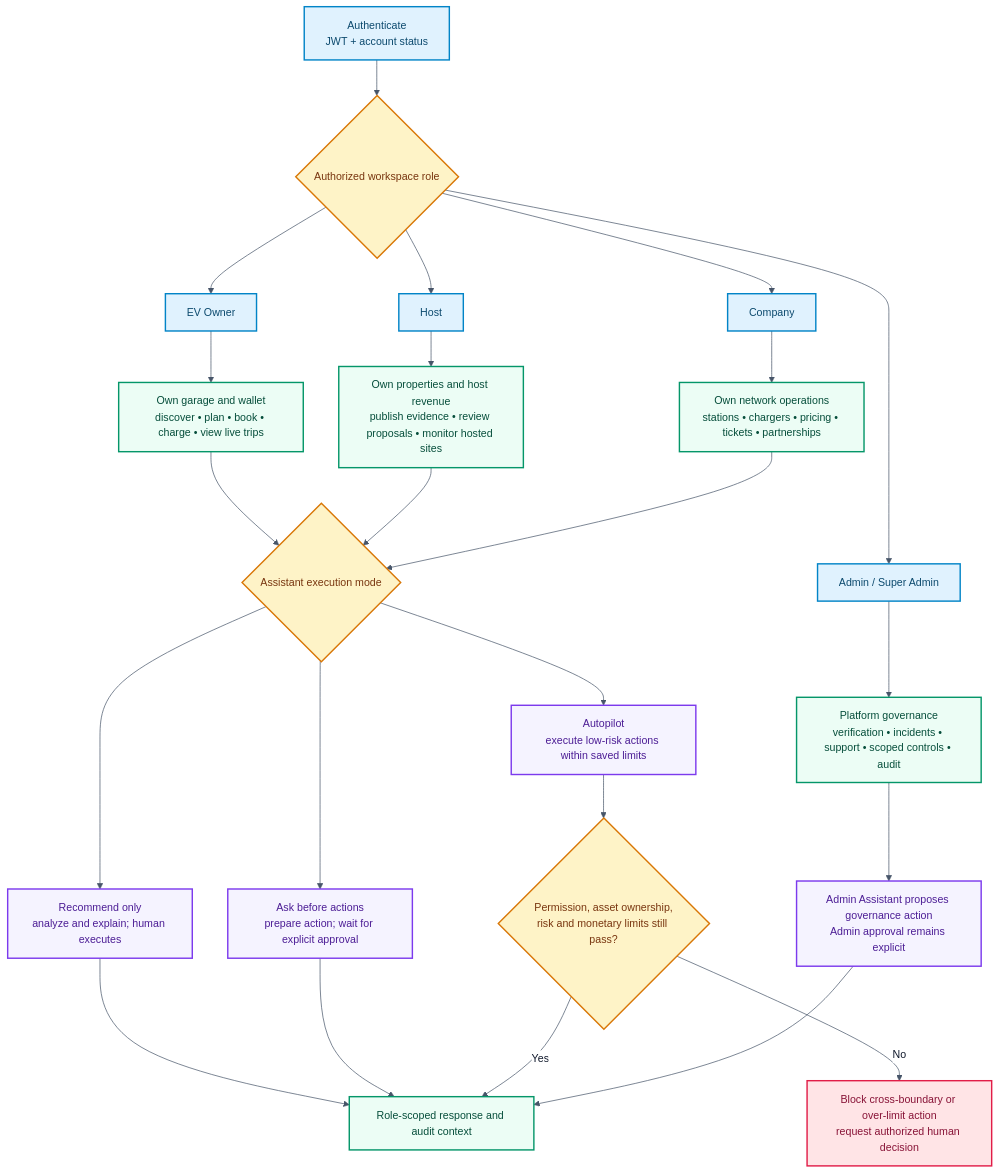
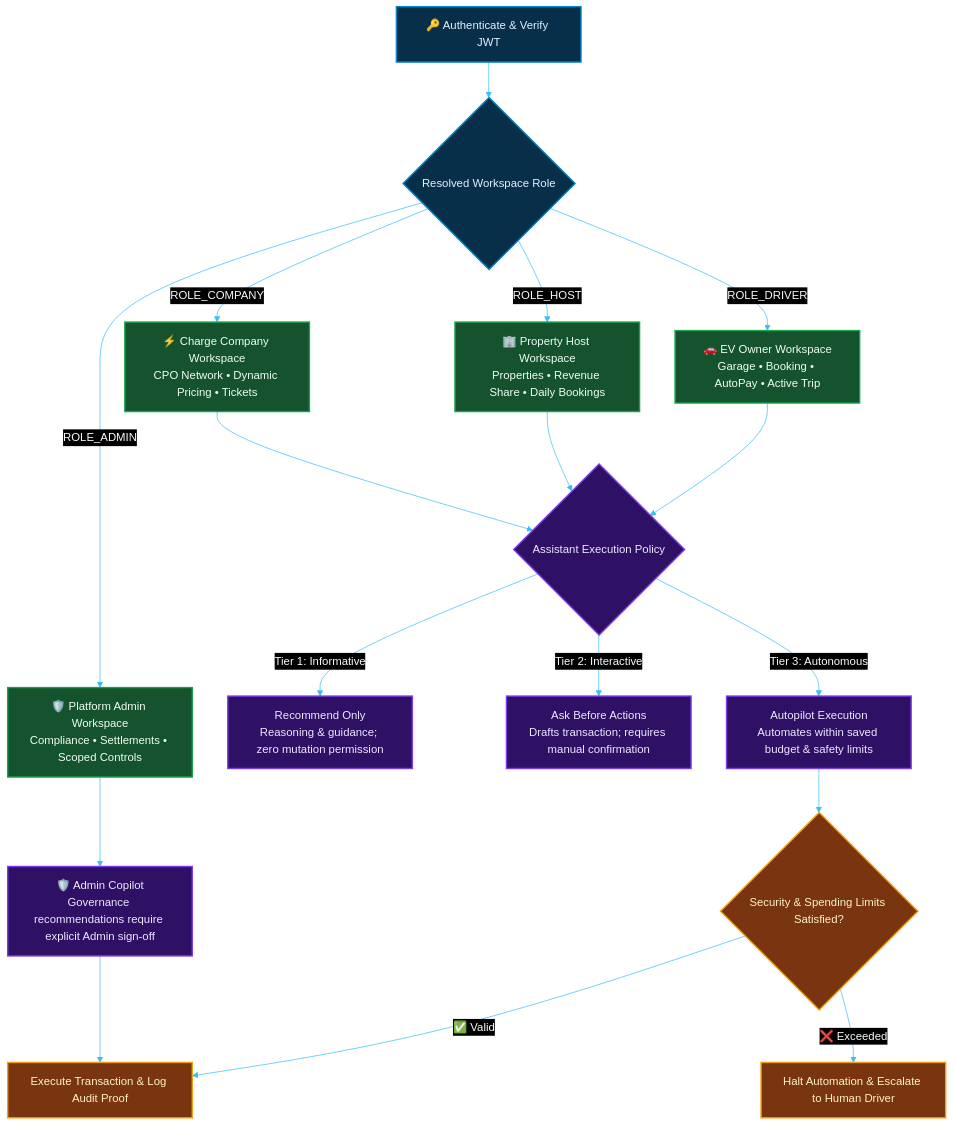
Before and after one commit to cs1m2414238/vidyutEV-1.0: the ninth of 10 diagrams in README.md, drawn with Mermaid. The commit also changed other lines of this file, not shown here.

````diff
--- a/README.md
+++ b/README.md
@@ -490,40 +682,46 @@
 ```mermaid
-%%{init: {"theme":"base","themeVariables":{"background":"#ffffff","fontFamily":"Inter, ui-sans-serif, system-ui, sans-serif","fontSize":"15px","primaryColor":"#ecfdf5","primaryTextColor":"#0f172a","primaryBorderColor":"#059669","lineColor":"#475569","secondaryColor":"#e0f2fe","tertiaryColor":"#f5f3ff","clusterBkg":"#f8fafc","clusterBorder":"#cbd5e1","edgeLabelBackground":"#ffffff"}}}%%
+%%{init: {
+  "theme": "base",
+  "themeVariables": {
+    "darkMode": true,
+    "background": "#0b0f19",
+    "primaryColor": "#111827",
+    "primaryTextColor": "#f8fafc",
+    "primaryBorderColor": "#0ea5e9",
+    "lineColor": "#38bdf8",
+    "fontFamily": "Inter, sans-serif"
+  }
+}}%%
 flowchart TB
-    LOGIN["Authenticate<br/>JWT + account status"] --> ROLE{"Authorized workspace role"}
-    ROLE --> OWNER["EV Owner"]
-    ROLE --> HOST["Host"]
-    ROLE --> COMPANY["Company"]
-    ROLE --> ADMIN["Admin / Super Admin"]
+    AUTH["🔑 Authenticate & Verify JWT"] --> ROLE{"Resolved Workspace Role"}
+    
+    ROLE -->|ROLE_DRIVER| R_DRIVER["🚗 EV Owner Workspace<br/>Garage • Booking • AutoPay • Active Trip"]
+    ROLE -->|ROLE_HOST| R_HOST["🏢 Property Host Workspace<br/>Properties • Revenue Share • Daily Bookings"]
+    ROLE -->|ROLE_COMPANY| R_CPO["⚡ Charge Company Workspace<br/>CPO Network • Dynamic Pricing • Tickets"]
+    ROLE -->|ROLE_ADMIN| R_ADMIN["🛡️ Platform Admin Workspace<br/>Compliance • Settlements • Scoped Controls"]
 
-    OWNER --> O_CAP["Own garage and wallet<br/>discover • plan • book • charge • view live trips"]
-    HOST --> H_CAP["Own properties and host revenue<br/>publish evidence • review proposals • monitor hosted sites"]
-    COMPANY --> C_CAP["Own network operations<br/>stations • chargers • pricing • tickets • partnerships"]
-    ADMIN --> A_CAP["Platform governance<br/>verification • incidents • support • scoped controls • audit"]
+    R_DRIVER --> AGENT_MODE{"Assistant Execution Policy"}
+    R_HOST --> AGENT_MODE
+    R_CPO --> AGENT_MODE
 
-    O_CAP --> MODE{"Assistant execution mode"}
-    H_CAP --> MODE
-    C_CAP --> MODE
-    MODE --> RECOMMEND["Recommend only<br/>analyze and explain; human executes"]
-    MODE --> ASK["Ask before actions<br/>prepare action; wait for explicit approval"]
-    MODE --> AUTO["Autopilot<br/>execute low-risk actions within saved limits"]
-    RECOMMEND --> AUDIT["Role-scoped response and audit context"]
-    ASK --> AUDIT
-    AUTO --> LIMITS{"Permission, asset ownership,<br/>risk and monetary limits still pass?"}
-    LIMITS -->|Yes| AUDIT
-    LIMITS -->|No| BLOCK["Block cross-boundary or over-limit action<br/>request authorized human decision"]
+    AGENT_MODE -->|Tier 1: Informative| T1["Recommend Only<br/>Reasoning & guidance; zero mutation permission"]
+    AGENT_MODE -->|Tier 2: Interactive| T2["Ask Before Actions<br/>Drafts transaction; requires manual confirmation"]
+    AGENT_MODE -->|Tier 3: Autonomous| T3["Autopilot Execution<br/>Automates within saved budget & safety limits"]
 
-    A_CAP --> ADMIN_AGENT["Admin Assistant proposes governance action<br/>Admin approval remains explicit"]
-    ADMIN_AGENT --> AUDIT
+    T3 --> LIMIT_CHECK{"Security & Spending Limits Satisfied?"}
+    LIMIT_CHECK -->|✅ Valid| EXEC_OK["Execute Transaction & Log Audit Proof"]
+    LIMIT_CHECK -->|❌ Exceeded| ESCALATE["Halt Automation & Escalate to Human Driver"]
 
-    classDef actor fill:#e0f2fe,stroke:#0284c7,color:#0c4a6e,stroke-width:2px
-    classDef process fill:#ecfdf5,stroke:#059669,color:#064e3b,stroke-width:2px
-    classDef decision fill:#fef3c7,stroke:#d97706,color:#78350f,stroke-width:2px
-    classDef intelligence fill:#f5f3ff,stroke:#7c3aed,color:#4c1d95,stroke-width:2px
-    classDef blocked fill:#ffe4e6,stroke:#e11d48,color:#881337,stroke-width:2px
-    class LOGIN,OWNER,HOST,COMPANY,ADMIN actor
-    class O_CAP,H_CAP,C_CAP,A_CAP,AUDIT process
-    class ROLE,MODE,LIMITS decision
-    class RECOMMEND,ASK,AUTO,ADMIN_AGENT intelligence
-    class BLOCK blocked
+    R_ADMIN --> ADMIN_ASSIST["🛡️ Admin Copilot<br/>Governance recommendations require explicit Admin sign-off"]
+    ADMIN_ASSIST --> EXEC_OK
+
+    classDef auth fill:#082f49,stroke:#0284c7,color:#e0f2fe,stroke-width:2px;
+    classDef roles fill:#14532d,stroke:#16a34a,color:#f0fdf4,stroke-width:2px;
+    classDef tiers fill:#2e1065,stroke:#7c3aed,color:#ede9fe,stroke-width:2px;
+    classDef guard fill:#78350f,stroke:#f59e0b,color:#fef3c7,stroke-width:2px;
+
+    class AUTH,ROLE auth;
+    class R_DRIVER,R_HOST,R_CPO,R_ADMIN roles;
+    class AGENT_MODE,T1,T2,T3,ADMIN_ASSIST tiers;
+    class LIMIT_CHECK,EXEC_OK,ESCALATE guard;
 ```
````
